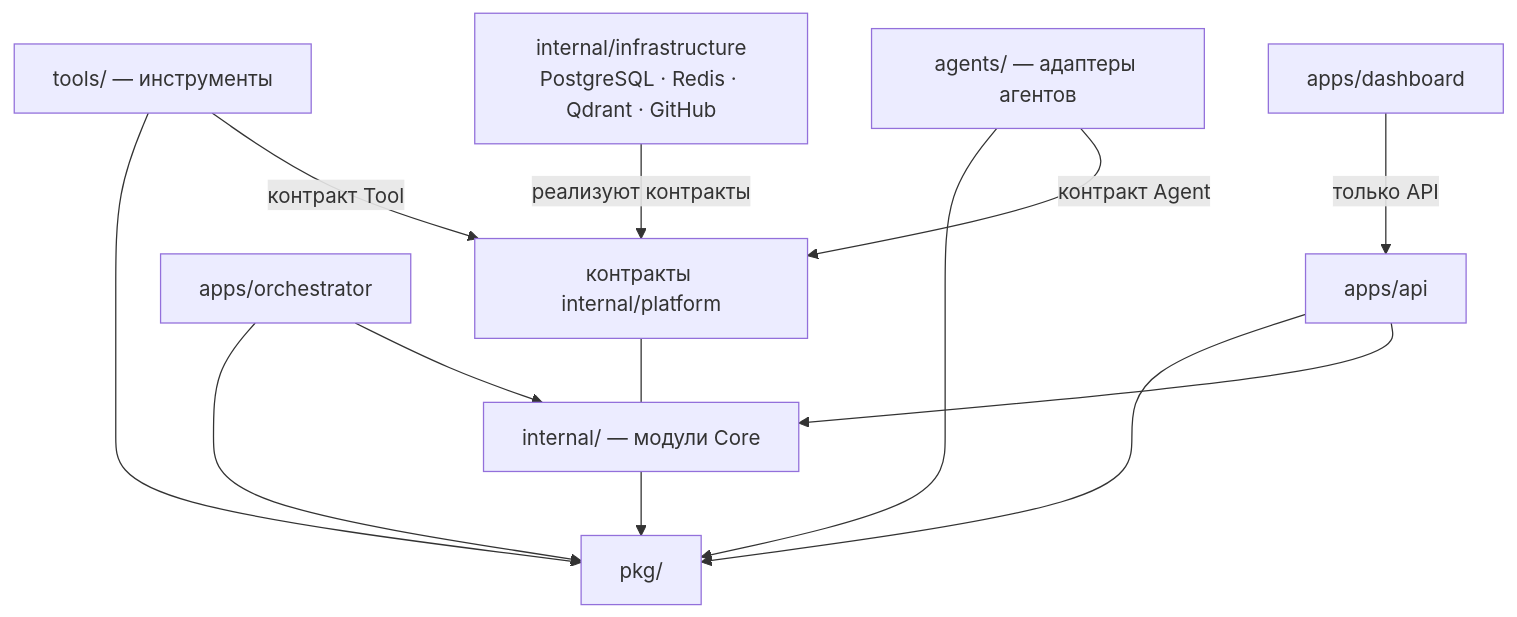
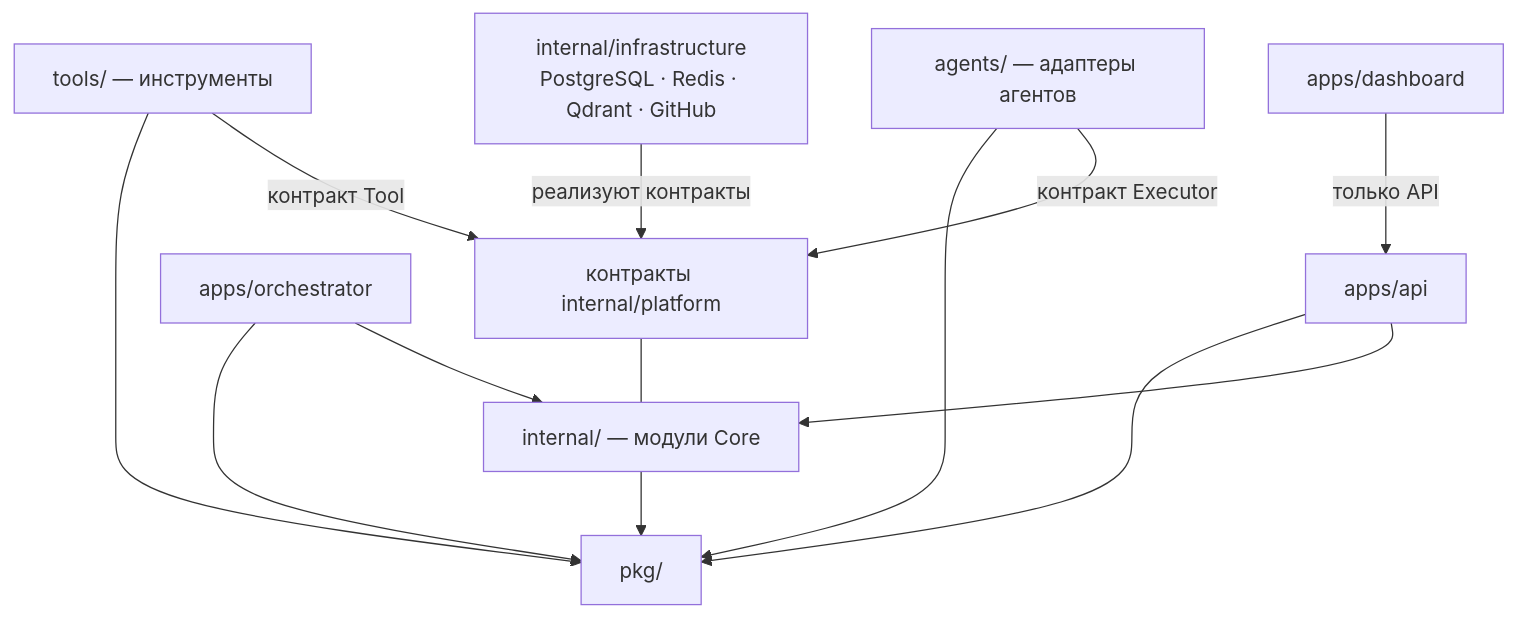
The diagram in docs/architecture/module-boundaries.md (nikibrdev/ai-studio-os), drawn with Mermaid before and after one commit. The commit also changed other lines of this file and 18 other files, not shown here.

First line of the commit message:
feat(platform): accept ADR-005 Executor Contract, rename Agent to Executor (TASK-026) (#24)

````diff
--- a/docs/architecture/module-boundaries.md
+++ b/docs/architecture/module-boundaries.md
@@ -11,15 +11,15 @@
 ```mermaid
 flowchart TD
     DASH["apps/dashboard"] -->|"только API"| APIAPP["apps/api"]
     APIAPP --> CORE["internal/ — модули Core"]
     ORCH["apps/orchestrator"] --> CORE
     CORE --> PKG["pkg/"]
     APIAPP --> PKG
     ORCH --> PKG
-    AG["agents/ — адаптеры агентов"] -->|"контракт Agent"| CONTRACTS["контракты internal/platform"]
+    AG["agents/ — адаптеры агентов"] -->|"контракт Executor"| CONTRACTS["контракты internal/platform"]
     TL["tools/ — инструменты"] -->|"контракт Tool"| CONTRACTS
     INFRA["internal/infrastructure<br/>PostgreSQL · Redis · Qdrant · GitHub"] -->|"реализуют контракты"| CONTRACTS
     CONTRACTS --- CORE
     AG --> PKG
     TL --> PKG
 ```
````
